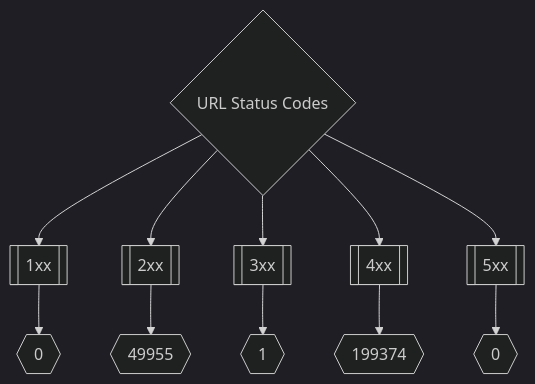
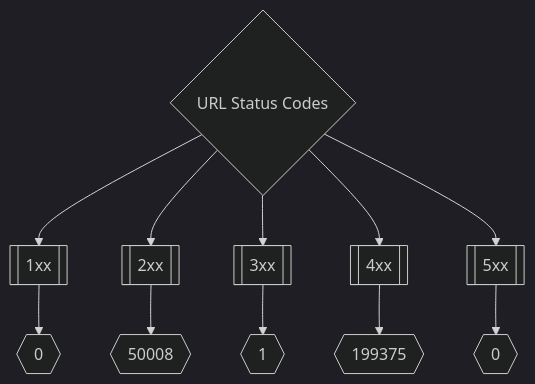
Before and after one commit to trickest/inventory: the second of 3 diagrams in README.md, drawn with Mermaid (dark theme). The commit also changed other lines of this file, not shown here.

Commit message:
Update Fri Apr  1 13:06:39 UTC 2022

````diff
--- a/README.md
+++ b/README.md
@@ -173,8 +173,8 @@
 ```mermaid
 graph TD
 title{URL Status Codes} --> 1xx[[1xx]] --> status1xxNum{{0}}
-title --> 2xx[[2xx]] --> status2xxNum{{49955}}
+title --> 2xx[[2xx]] --> status2xxNum{{50008}}
 title --> 3xx[[3xx]] --> status3xxNum{{1}}
-title --> 4xx[[4xx]] --> status4xxNum{{199374}}
+title --> 4xx[[4xx]] --> status4xxNum{{199375}}
 title --> 5xx[[5xx]] --> status5xxNum{{0}}
 ```
````
